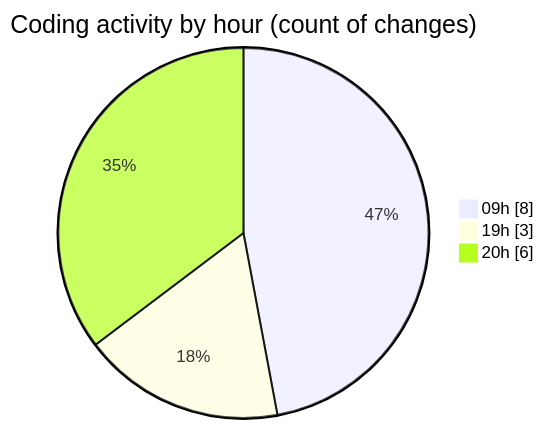
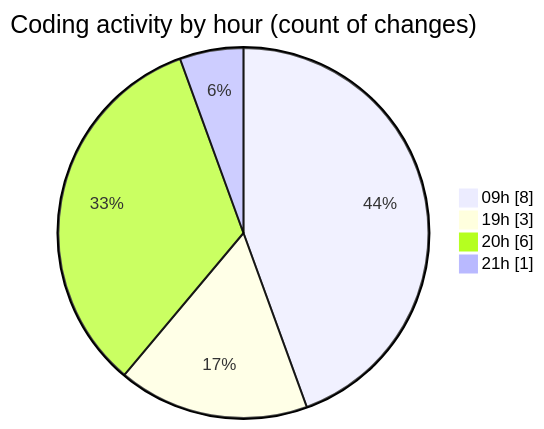
The second of 2 diagrams in 2025-02-28/myws__workspace_/README.md (MatusMokan/code-tracking), drawn with Mermaid before and after one commit. The commit also changed other lines of this file and 1 other file, not shown here.

````diff
--- a/2025-02-28/myws__workspace_/README.md
+++ b/2025-02-28/myws__workspace_/README.md
@@ -33,7 +34,8 @@
 ```mermaid
 pie showData
 title Coding activity by hour (count of changes)
 "09h" : 8
 "19h" : 3
 "20h" : 6
+"21h" : 1
 ```
````
